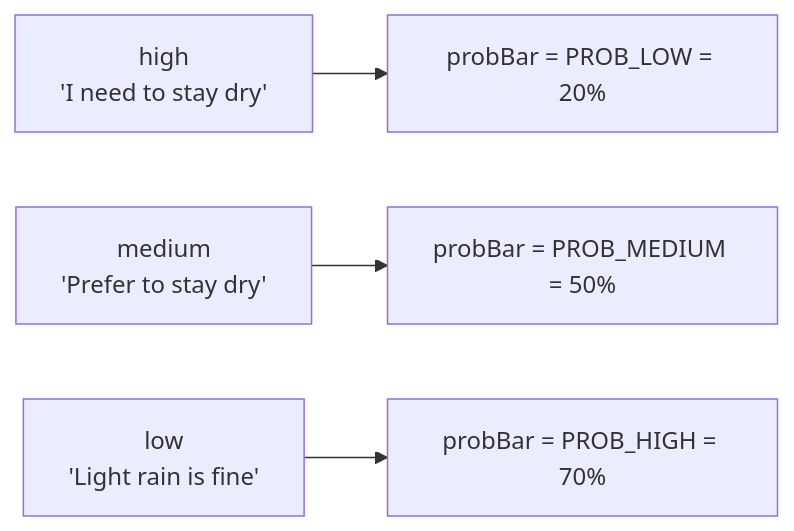
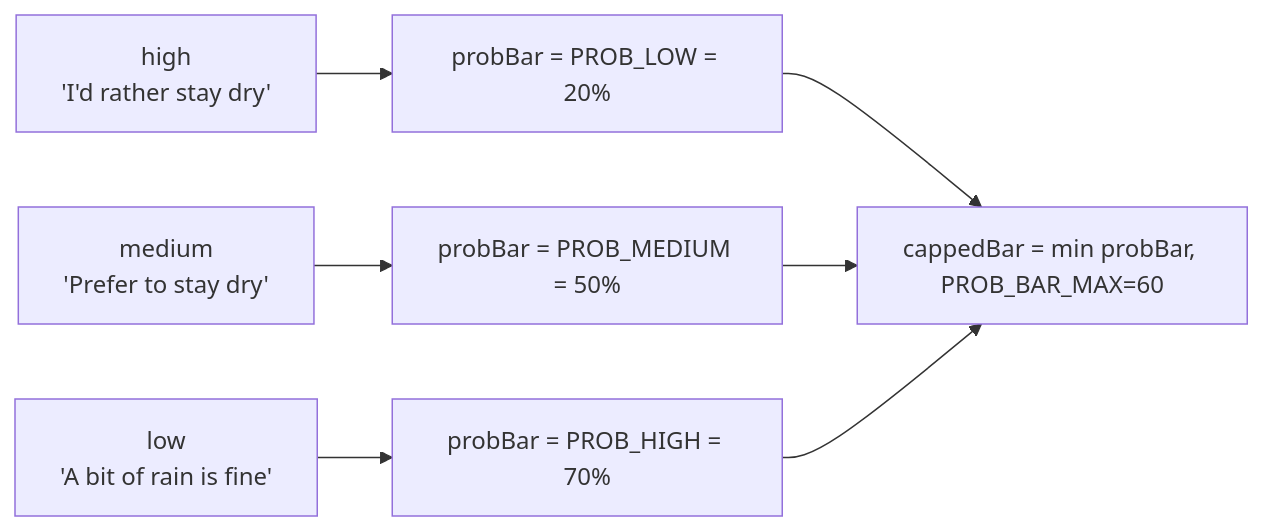
The third of 7 diagrams in docs/ALGORITHM_FLOW.md (meetsaiya/weather), drawn with Mermaid before and after one commit. The commit also changed other lines of this file and 2 other files, not shown here.

````diff
--- a/docs/ALGORITHM_FLOW.md
+++ b/docs/ALGORITHM_FLOW.md
@@ -86,6 +90,9 @@
 ```mermaid
 flowchart LR
-  HIGH["high<br/>'I need to stay dry'"] --> PB1[probBar = PROB_LOW = 20%]
+  HIGH["high<br/>'I'd rather stay dry'"] --> PB1[probBar = PROB_LOW = 20%]
   MED["medium<br/>'Prefer to stay dry'"] --> PB2[probBar = PROB_MEDIUM = 50%]
-  LOW["low<br/>'Light rain is fine'"] --> PB3[probBar = PROB_HIGH = 70%]
+  LOW["low<br/>'A bit of rain is fine'"] --> PB3[probBar = PROB_HIGH = 70%]
+  PB1 --> CAP[cappedBar = min probBar, PROB_BAR_MAX=60]
+  PB2 --> CAP
+  PB3 --> CAP
 ```
````
